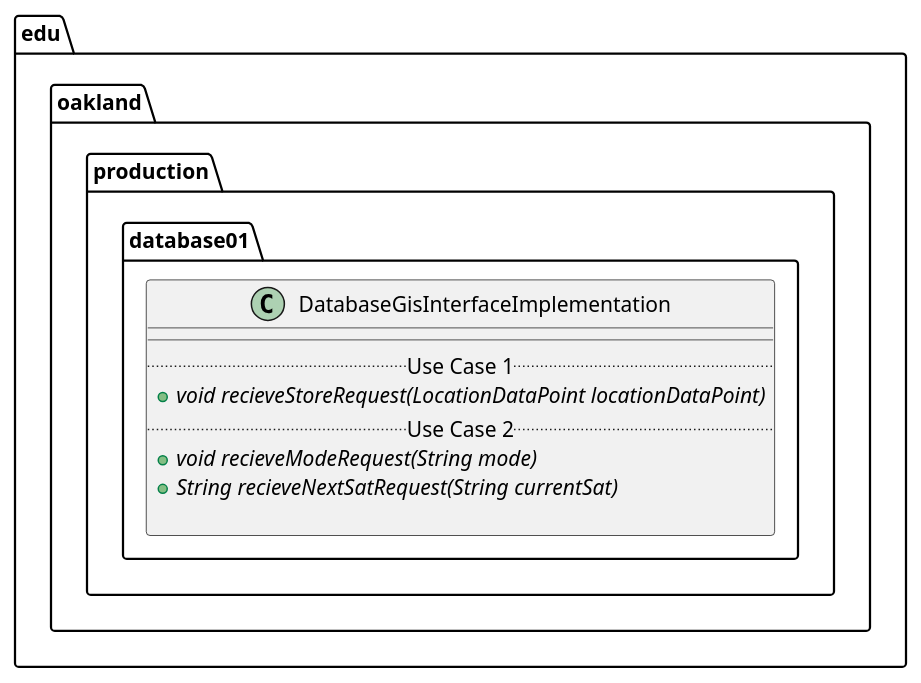
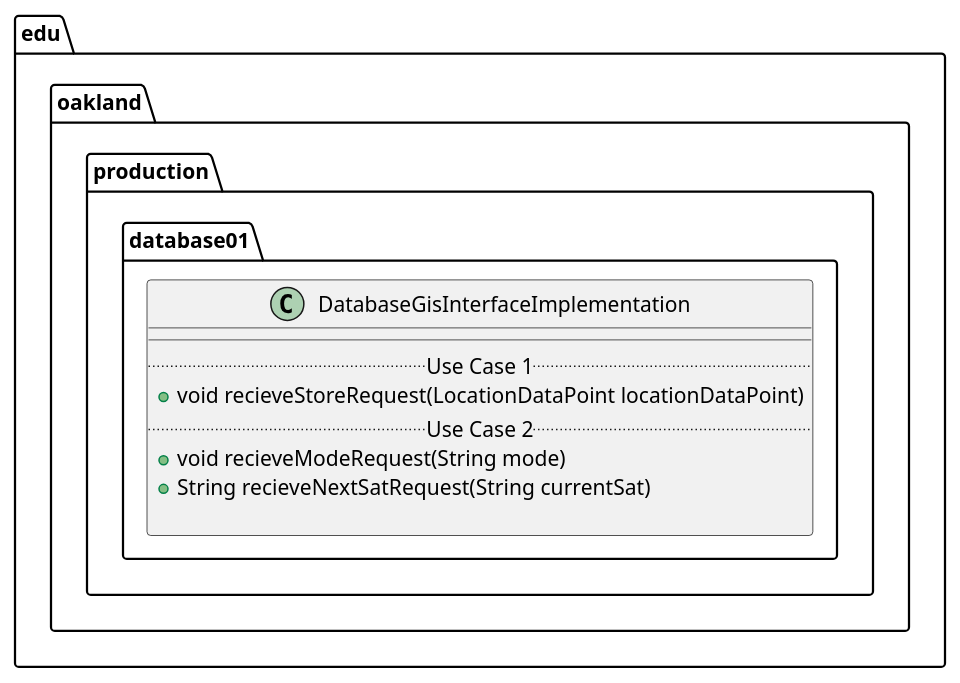
Before and after one commit to andrewdimmer/csi-3370-software-project: the diagram in docs/uml-class-diagrams/database01/production/DatabaseGisInterfaceImplementation/DatabaseGisInterfaceImplementation.puml, drawn with PlantUML. The commit also changed 1 other file, not shown here.

```diff
--- a/docs/uml-class-diagrams/database01/production/DatabaseGisInterfaceImplementation/DatabaseGisInterfaceImplementation.puml
+++ b/docs/uml-class-diagrams/database01/production/DatabaseGisInterfaceImplementation/DatabaseGisInterfaceImplementation.puml
@@ -1,15 +1,15 @@
 @startuml DatabaseGisInterfaceImplementation
 
 package edu.oakland.production.database01 {
     class DatabaseGisInterfaceImplementation {
         __
         .. Use Case 1 ..
-        {abstract} + void recieveStoreRequest(LocationDataPoint locationDataPoint)
+        + void recieveStoreRequest(LocationDataPoint locationDataPoint)
         .. Use Case 2 ..
-        {abstract} + void recieveModeRequest(String mode)
-        {abstract} + String recieveNextSatRequest(String currentSat)
+        + void recieveModeRequest(String mode)
+        + String recieveNextSatRequest(String currentSat)
         
     }
 }
 
 @enduml
```
